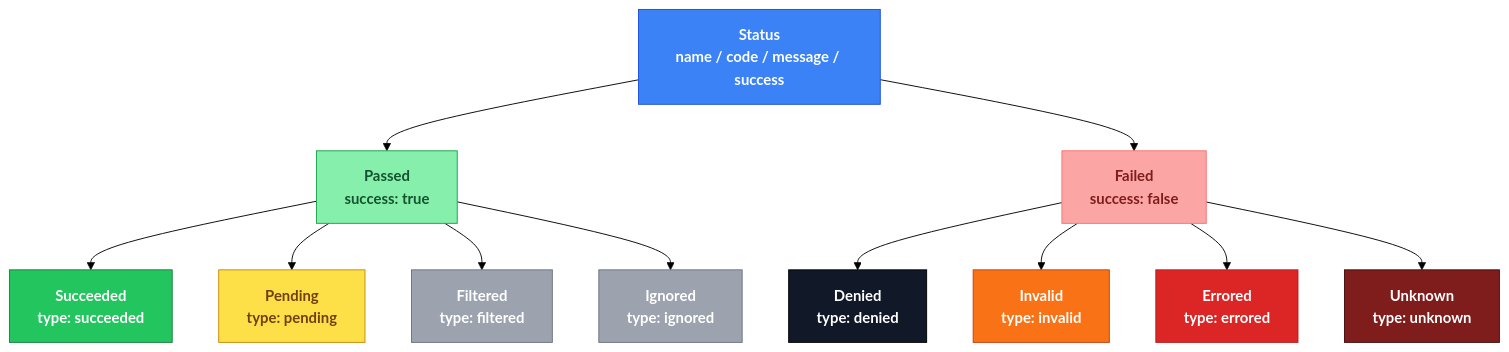
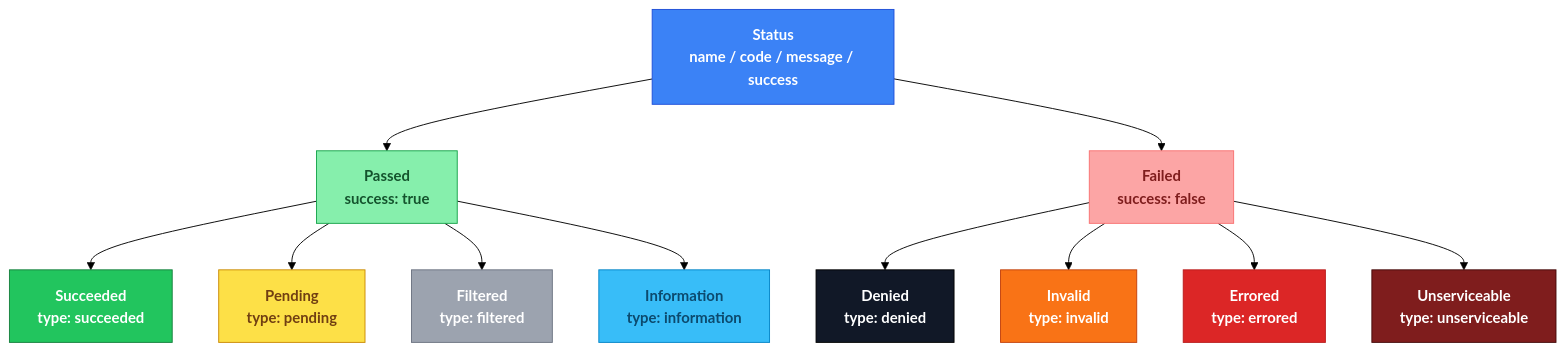
Before and after one commit to slatekit/kiit: the diagram in src/core/codes/README.md, drawn with Mermaid (forest theme). The commit also changed other lines of this file and 8 other files, not shown here.

````diff
--- a/src/core/codes/README.md
+++ b/src/core/codes/README.md
@@ -47,40 +51,40 @@
 ```mermaid
 graph TD
-    classDef statusNode    fill:#3b82f6,stroke:#1d4ed8,color:#ffffff,font-weight:bold
-    classDef passedNode    fill:#86efac,stroke:#16a34a,color:#14532d,font-weight:bold
-    classDef succeededNode fill:#22c55e,stroke:#15803d,color:#ffffff,font-weight:bold
-    classDef pendingNode   fill:#fde047,stroke:#ca8a04,color:#713f12,font-weight:bold
-    classDef filteredNode  fill:#9ca3af,stroke:#6b7280,color:#ffffff,font-weight:bold
-    classDef ignoredNode   fill:#9ca3af,stroke:#6b7280,color:#ffffff,font-weight:bold
-    classDef failedNode    fill:#fca5a5,stroke:#f87171,color:#7f1d1d,font-weight:bold
-    classDef deniedNode    fill:#111827,stroke:#000000,color:#ffffff,font-weight:bold
-    classDef invalidNode   fill:#f97316,stroke:#c2410c,color:#ffffff,font-weight:bold
-    classDef erroredNode   fill:#dc2626,stroke:#b91c1c,color:#ffffff,font-weight:bold
-    classDef unknownNode   fill:#7f1d1d,stroke:#450a0a,color:#ffffff,font-weight:bold
+    classDef statusNode        fill:#3b82f6,stroke:#1d4ed8,color:#ffffff,font-weight:bold
+    classDef passedNode        fill:#86efac,stroke:#16a34a,color:#14532d,font-weight:bold
+    classDef succeededNode     fill:#22c55e,stroke:#15803d,color:#ffffff,font-weight:bold
+    classDef pendingNode       fill:#fde047,stroke:#ca8a04,color:#713f12,font-weight:bold
+    classDef filteredNode      fill:#9ca3af,stroke:#6b7280,color:#ffffff,font-weight:bold
+    classDef informationNode   fill:#38bdf8,stroke:#0284c7,color:#0c4a6e,font-weight:bold
+    classDef failedNode        fill:#fca5a5,stroke:#f87171,color:#7f1d1d,font-weight:bold
+    classDef deniedNode        fill:#111827,stroke:#000000,color:#ffffff,font-weight:bold
+    classDef invalidNode       fill:#f97316,stroke:#c2410c,color:#ffffff,font-weight:bold
+    classDef erroredNode       fill:#dc2626,stroke:#b91c1c,color:#ffffff,font-weight:bold
+    classDef unserviceableNode fill:#7f1d1d,stroke:#450a0a,color:#ffffff,font-weight:bold
 
     Status["Status<br/>name / code / message / success"]:::statusNode
 
     Passed["Passed<br/>success: true"]:::passedNode
     Failed["Failed<br/>success: false"]:::failedNode
 
     Succeeded["Succeeded<br/>type: succeeded"]:::succeededNode
     Pending["Pending<br/>type: pending"]:::pendingNode
     Filtered["Filtered<br/>type: filtered"]:::filteredNode
-    Ignored["Ignored<br/>type: ignored"]:::ignoredNode
+    Information["Information<br/>type: information"]:::informationNode
 
     Denied["Denied<br/>type: denied"]:::deniedNode
     Invalid["Invalid<br/>type: invalid"]:::invalidNode
     Errored["Errored<br/>type: errored"]:::erroredNode
-    Unknown["Unknown<br/>type: unknown"]:::unknownNode
+    Unserviceable["Unserviceable<br/>type: unserviceable"]:::unserviceableNode
 
     Status --> Passed
     Status --> Failed
     Passed --> Succeeded
     Passed --> Pending
     Passed --> Filtered
-    Passed --> Ignored
+    Passed --> Information
     Failed --> Denied
     Failed --> Invalid
     Failed --> Errored
-    Failed --> Unknown
+    Failed --> Unserviceable
 ```
````
